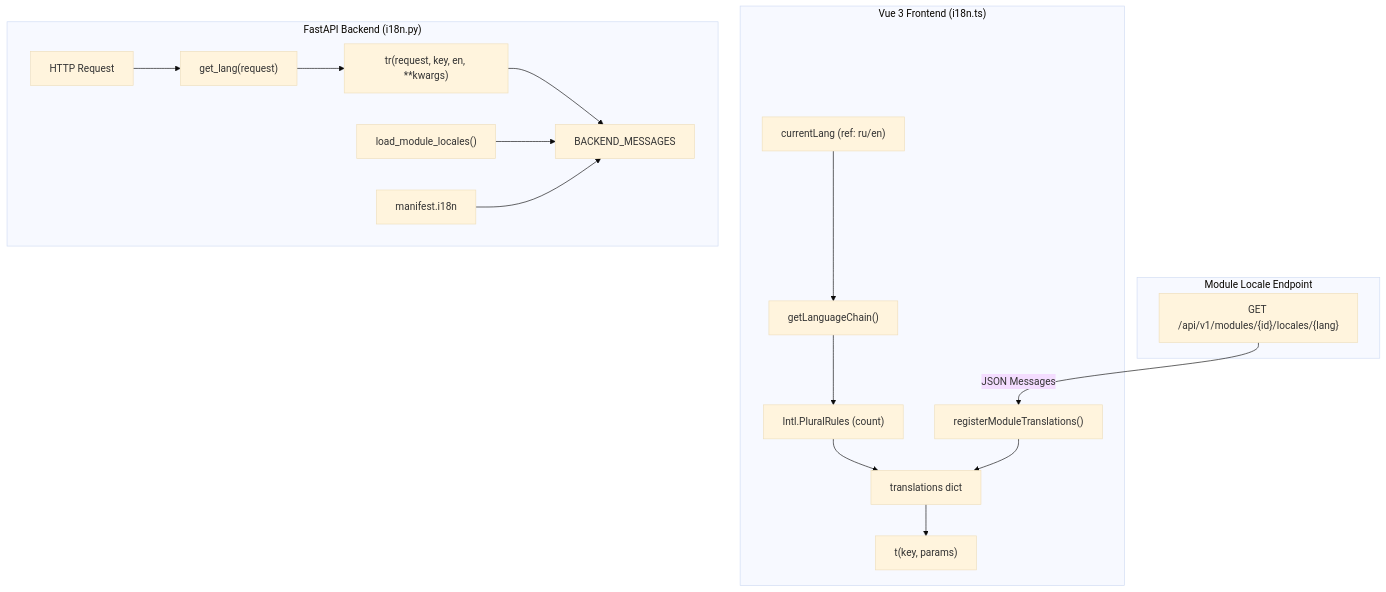
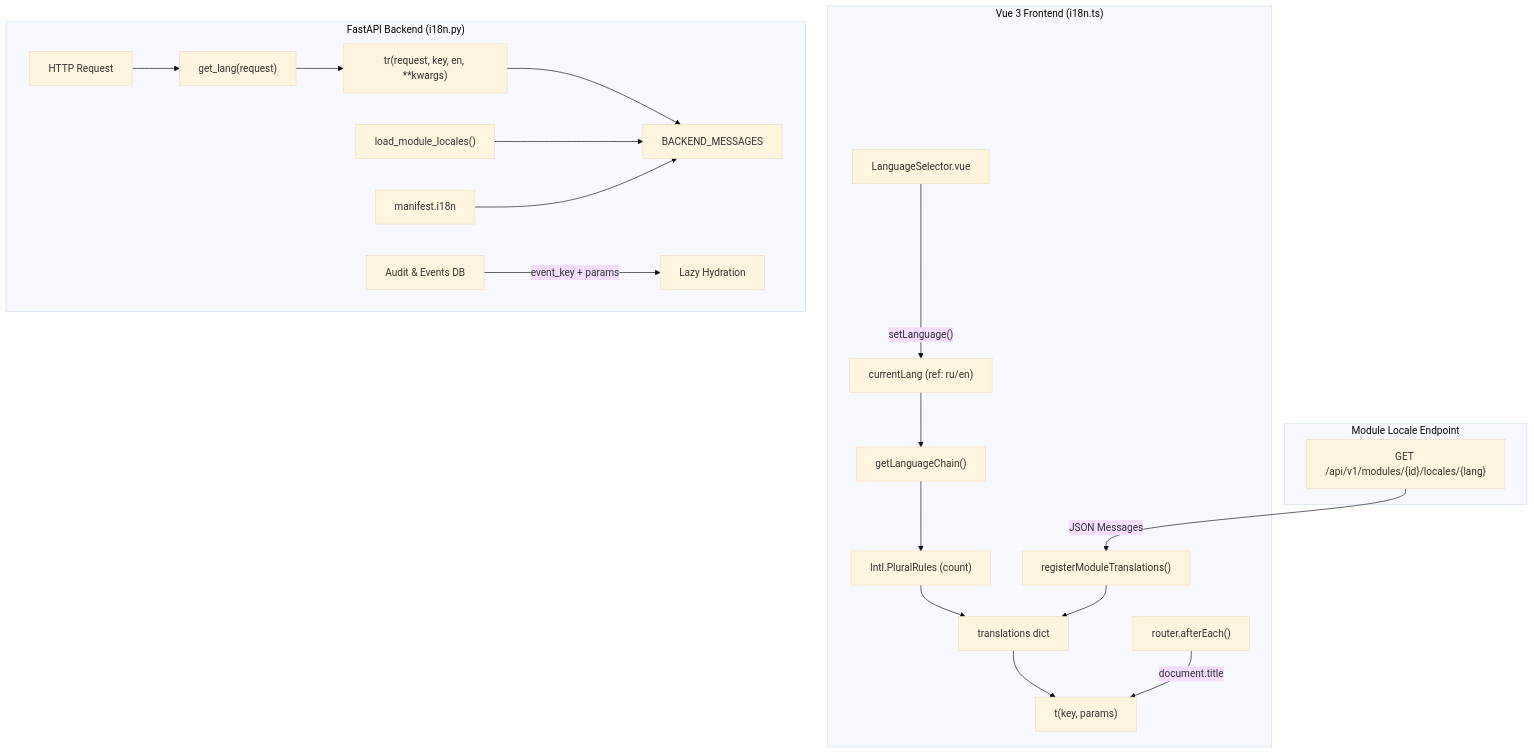
The diagram in docs/wiki/03-module-development/11-localization.md (Apofixc/nms-webui), drawn with Mermaid (base theme) before and after one commit. The commit also changed other lines of this file, not shown here.

````diff
--- a/docs/wiki/03-module-development/11-localization.md
+++ b/docs/wiki/03-module-development/11-localization.md
@@ -11,24 +11,27 @@
 ```mermaid
 flowchart TD
     subgraph Frontend["Vue 3 Frontend (i18n.ts)"]
         UserLang["currentLang (ref: ru/en)"] --> Chain["getLanguageChain()"]
         Chain --> Plural["Intl.PluralRules (count)"]
         Plural --> Dict["translations dict"]
         Dict --> Output["t(key, params)"]
         API_Reg["registerModuleTranslations()"] --> Dict
+        LangSelector["LanguageSelector.vue"] -->|"setLanguage()"| UserLang
+        Router["router.afterEach()"] -->|"document.title"| Output
     end
 
     subgraph Backend["FastAPI Backend (i18n.py)"]
         Req["HTTP Request"] --> GetLang["get_lang(request)"]
         GetLang --> TR["tr(request, key, en, **kwargs)"]
         TR --> CoreDict["BACKEND_MESSAGES"]
         ModScan["load_module_locales()"] --> CoreDict
         ManifestScan["manifest.i18n"] --> CoreDict
+        AuditLog["Audit & Events DB"] -->|"event_key + params"| Hydrate["Lazy Hydration"]
     end
 
     subgraph ModuleAPI["Module Locale Endpoint"]
         Endp["GET /api/v1/modules/{id}/locales/{lang}"]
     end
 
     Endp -->|"JSON Messages"| API_Reg
 ```
````
